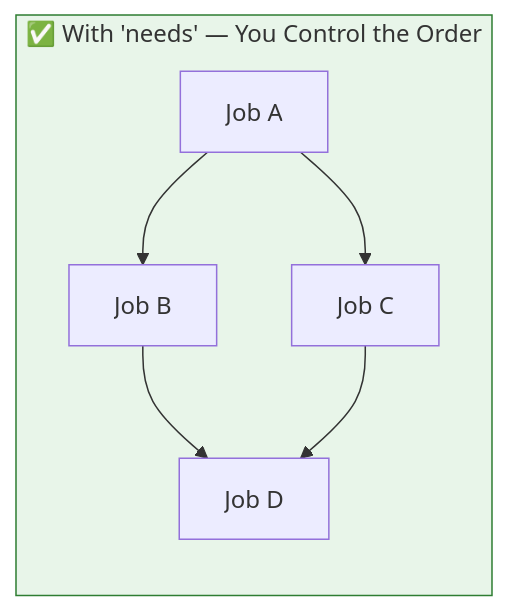
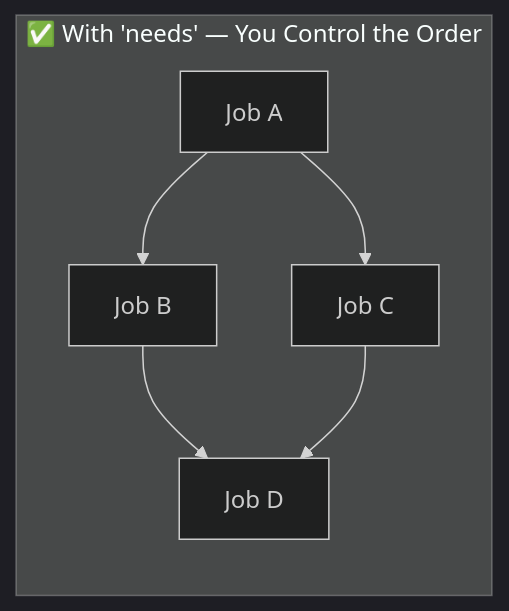
Before and after one commit to vishutyagi0210/github-ci-cd-with-labs: the second of 6 diagrams in 03-workflow-structure-dag/README.md, drawn with Mermaid. The commit also changed other lines of this file and 13 other files, not shown here.

Commit message:
fix: switch all mermaid diagrams to dark theme for better readability

````diff
--- a/03-workflow-structure-dag/README.md
+++ b/03-workflow-structure-dag/README.md
@@ -20,11 +20,11 @@
 ```mermaid
+%%{init: {"theme": "dark"}}%%
 graph LR
     subgraph CONTROLLED["✅ With 'needs' — You Control the Order"]
         A2["Job A"] --> B2["Job B"]
         A2 --> C2["Job C"]
         B2 --> D2["Job D"]
         C2 --> D2
     end
 
-    style CONTROLLED fill:#e8f5e9,stroke:#2e7d32
 ```
````
